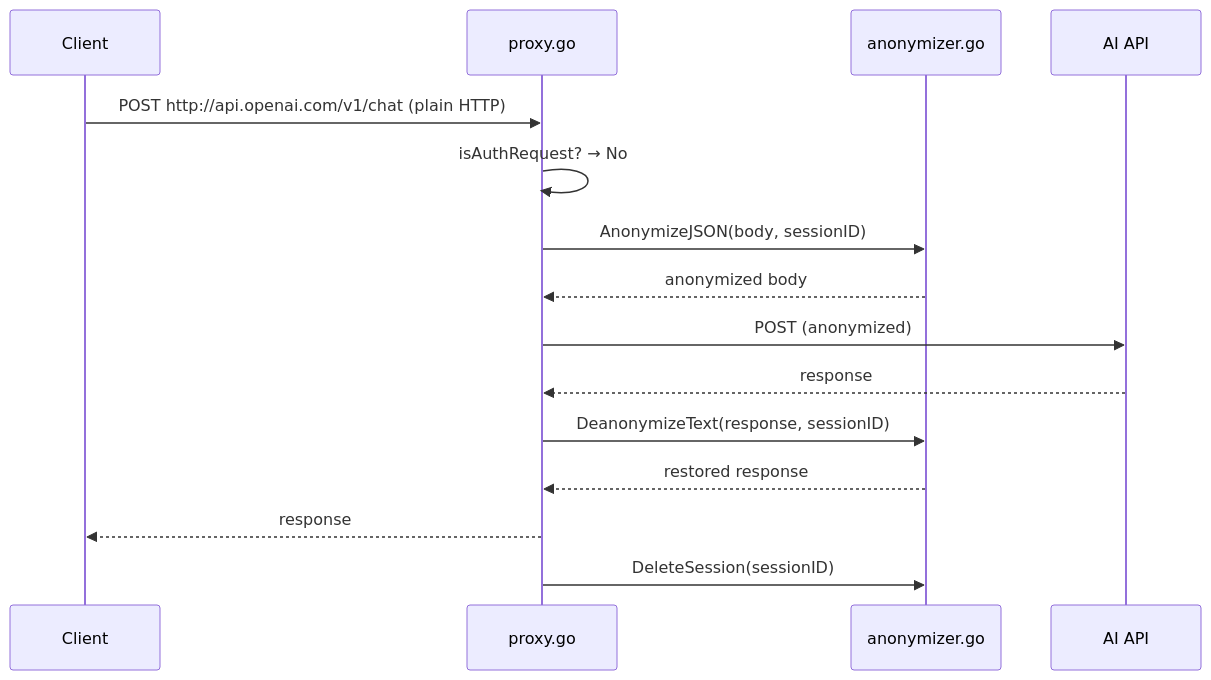
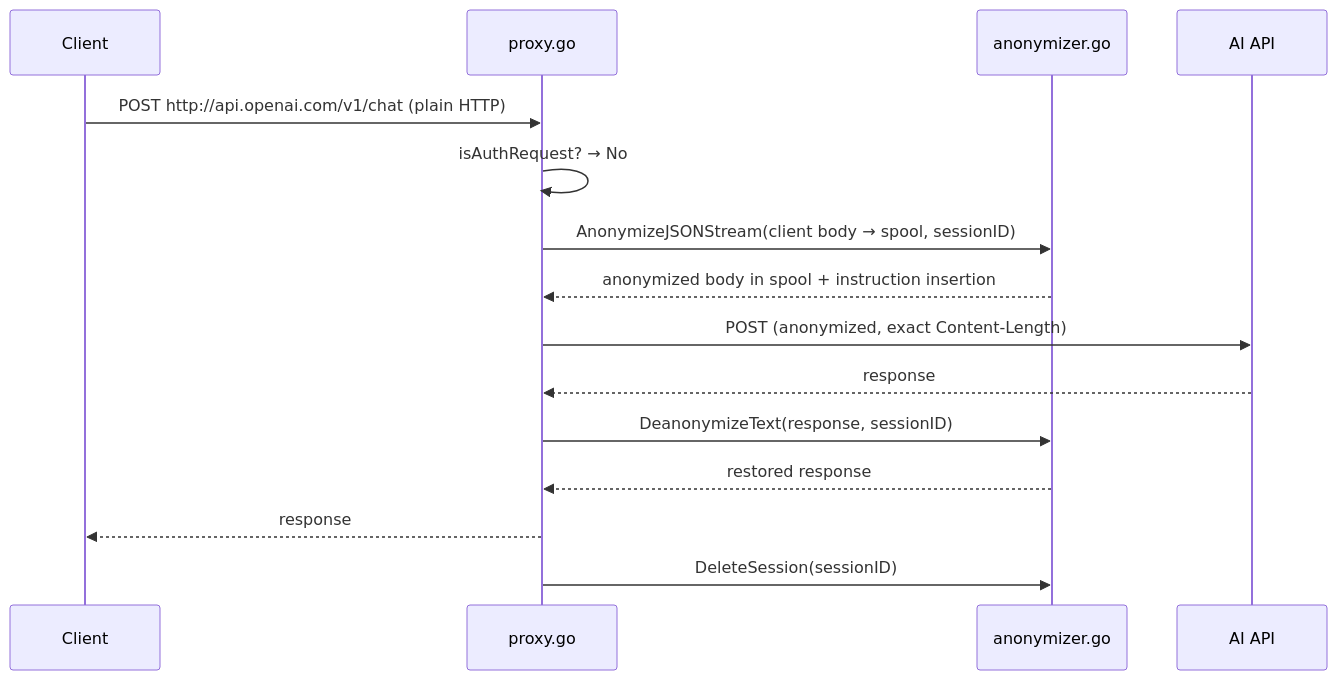
The fourth of 9 diagrams in docs/architecture.md (laplaque/ai-anonymizing-proxy), drawn with Mermaid before and after one commit. The commit also changed other lines of this file and 20 other files, not shown here.

````diff
--- a/docs/architecture.md
+++ b/docs/architecture.md
@@ -108,18 +108,18 @@
 ```mermaid
 sequenceDiagram
     participant C as Client
     participant P as proxy.go
     participant A as anonymizer.go
     participant API as AI API
 
     C->>P: POST http://api.openai.com/v1/chat (plain HTTP)
     P->>P: isAuthRequest? → No
-    P->>A: AnonymizeJSON(body, sessionID)
-    A-->>P: anonymized body
-    P->>API: POST (anonymized)
+    P->>A: AnonymizeJSONStream(client body → spool, sessionID)
+    A-->>P: anonymized body in spool + instruction insertion
+    P->>API: POST (anonymized, exact Content-Length)
     API-->>P: response
     P->>A: DeanonymizeText(response, sessionID)
     A-->>P: restored response
     P-->>C: response
     P->>A: DeleteSession(sessionID)
 ```
````
